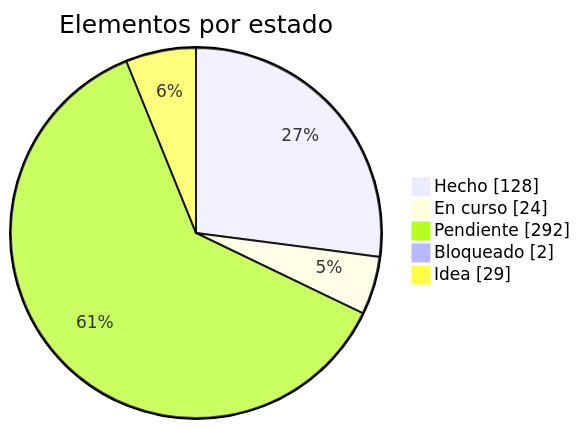
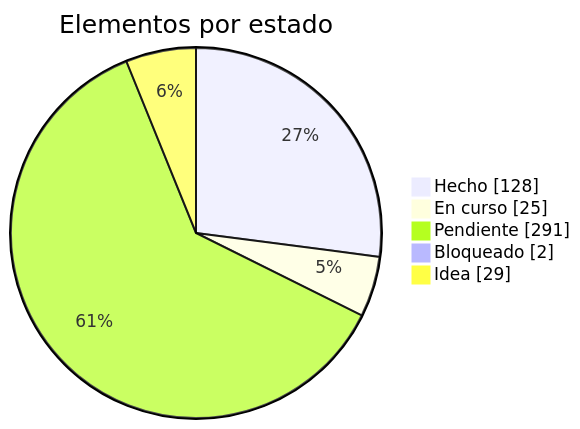
One commit to dariogea/BM27 changed the first of 2 diagrams in docs/roadmap.md. Above: the diagram before and after it, drawn with Mermaid. The commit also changed other lines of this file and 10 other files, not shown here.

````diff
--- a/docs/roadmap.md
+++ b/docs/roadmap.md
@@ -13,8 +13,8 @@
 ```mermaid
 pie showData title Elementos por estado
   "Hecho" : 128
-  "En curso" : 24
-  "Pendiente" : 292
+  "En curso" : 25
+  "Pendiente" : 291
   "Bloqueado" : 2
   "Idea" : 29
 ```
````
